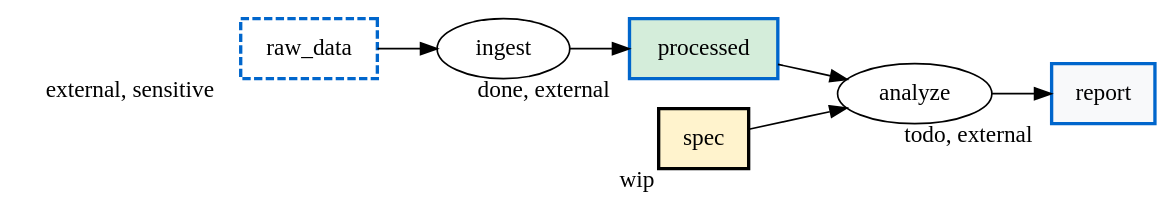
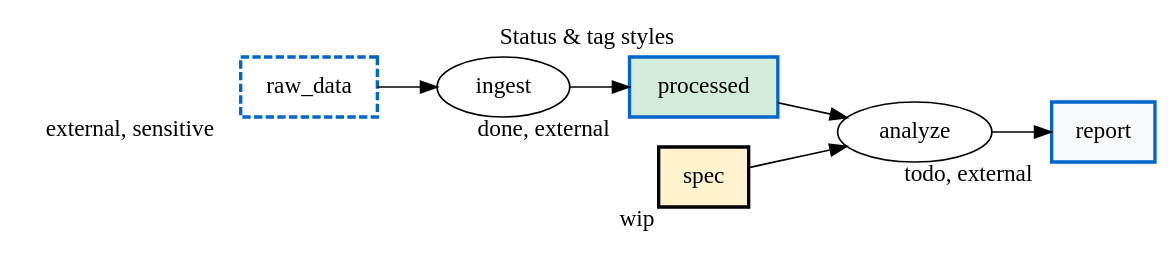
Before and after one commit to takasek/pfdsl: the sixth of 9 diagrams in docs/samples/README.md, drawn with Graphviz. The commit also changed other lines of this file and 27 other files, not shown here.

````diff
--- a/docs/samples/README.md
+++ b/docs/samples/README.md
@@ -207,19 +237,21 @@
 ```dot
 digraph PFDSL {
   rankdir=LR;
   newrank=true;
+  label="Status & tag styles";
+  labelloc="t";
 
   "analyze" [shape=ellipse, label="analyze"];
   "ingest" [shape=ellipse, label="ingest"];
   "processed" [shape=box, label="processed", xlabel="done, external", fillcolor="#d4edda", color="#0066cc", style="filled", penwidth="2"];
   "raw_data" [shape=box, label="raw_data", xlabel="external, sensitive", color="#0066cc", style="dashed", penwidth="2"];
   "report" [shape=box, label="report", xlabel="todo, external", fillcolor="#f8f9fa", color="#0066cc", style="filled", penwidth="2"];
   "spec" [shape=box, label="spec", xlabel="wip", fillcolor="#fff3cd", style="filled", penwidth="2"];
 
   "raw_data" -> "ingest";
   "ingest" -> "processed";
   "spec" -> "analyze";
   "analyze" -> "report";
   "processed" -> "analyze";
 }
 ```
````
